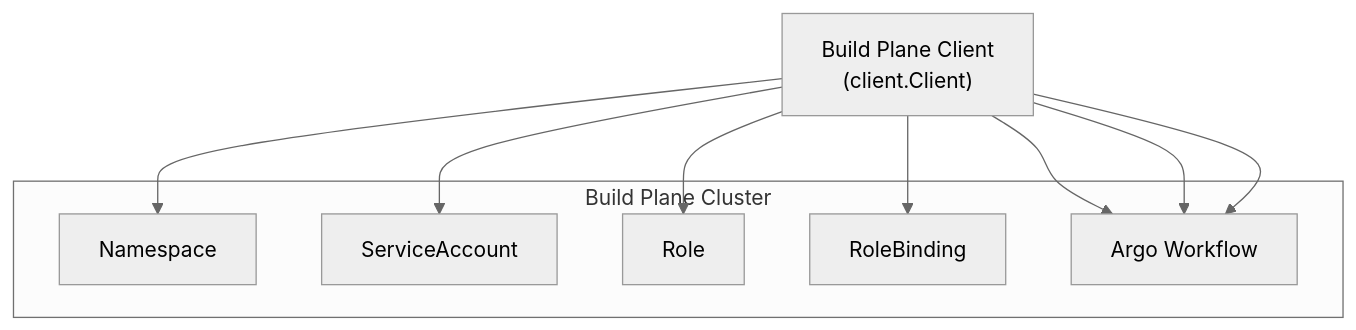
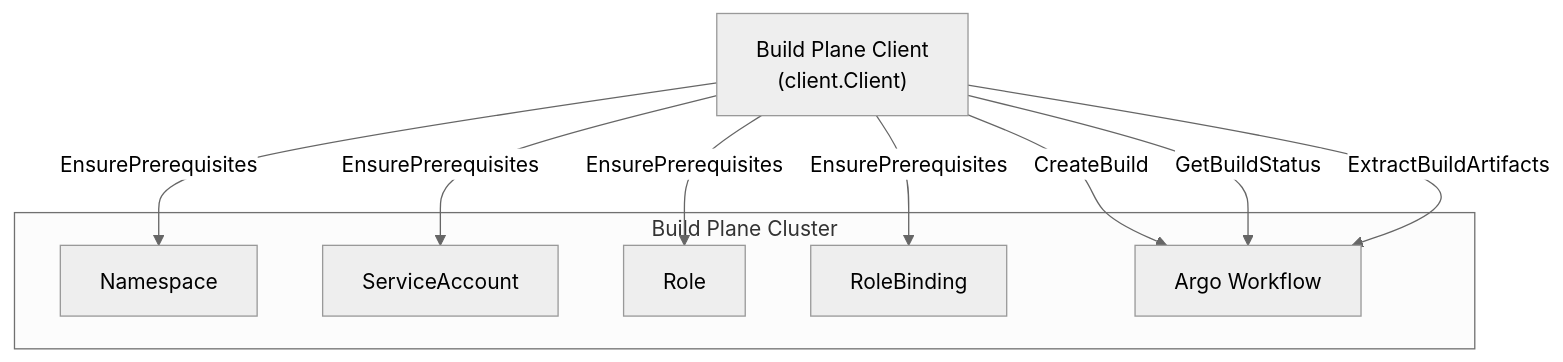
The eighth of 9 diagrams in docs/deepwiki/Build-Controller.md (openchoreo/openchoreo), drawn with Mermaid (neutral theme) before and after one commit. The commit also changed other lines of this file and 85 other files, not shown here.

Commit message:
feat: Add new workflow and specification templates, update Helm chart dependencies, and clarify documentation diagrams.

````diff
--- a/docs/deepwiki/Build-Controller.md
+++ b/docs/deepwiki/Build-Controller.md
@@ -356,26 +356,26 @@
 ```mermaid
 flowchart TD
 
 BPClient["Build Plane Client<br>(client.Client)"]
 NS["Namespace"]
 SA["ServiceAccount"]
 Role["Role"]
 RB["RoleBinding"]
 WF["Argo Workflow"]
 
-BPClient --> NS
-BPClient --> SA
-BPClient --> Role
-BPClient --> RB
-BPClient --> WF
-BPClient --> WF
-BPClient --> WF
+BPClient -->|"EnsurePrerequisites"| NS
+BPClient -->|"EnsurePrerequisites"| SA
+BPClient -->|"EnsurePrerequisites"| Role
+BPClient -->|"EnsurePrerequisites"| RB
+BPClient -->|"CreateBuild"| WF
+BPClient -->|"GetBuildStatus"| WF
+BPClient -->|"ExtractBuildArtifacts"| WF
 
 subgraph subGraph0 ["Build Plane Cluster"]
     NS
     SA
     Role
     RB
     WF
 end
 ```
````
